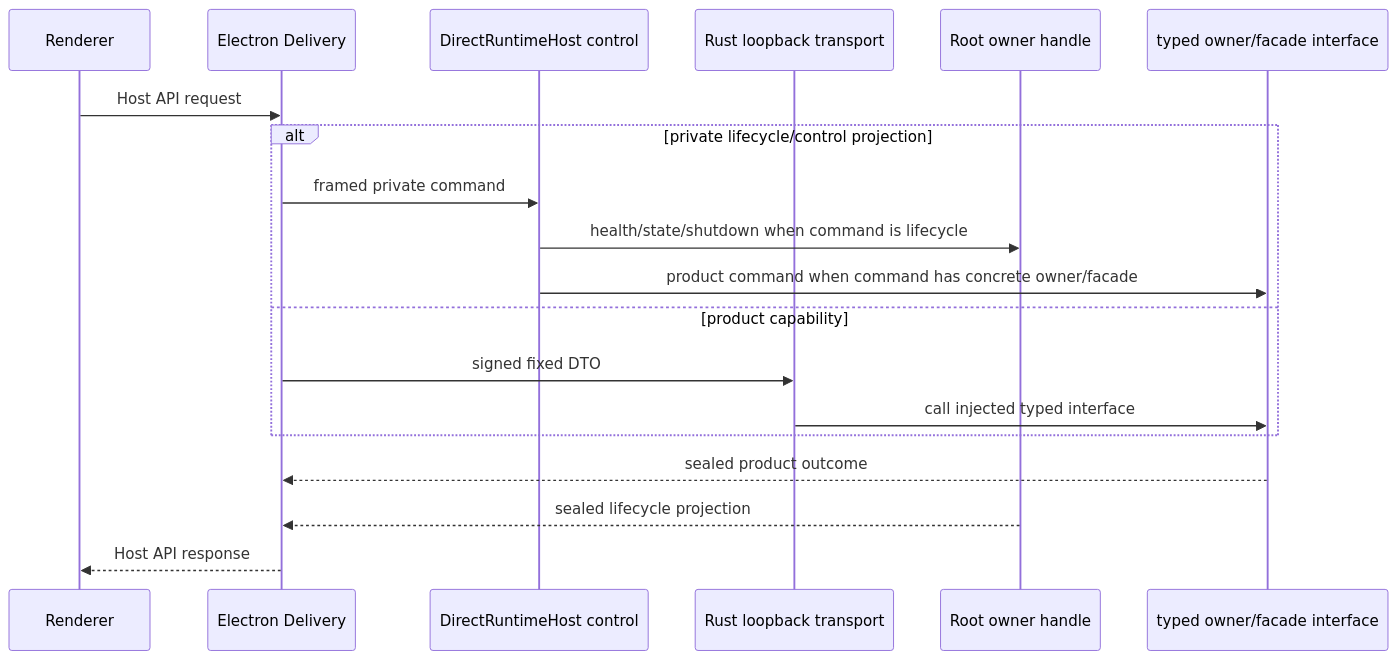
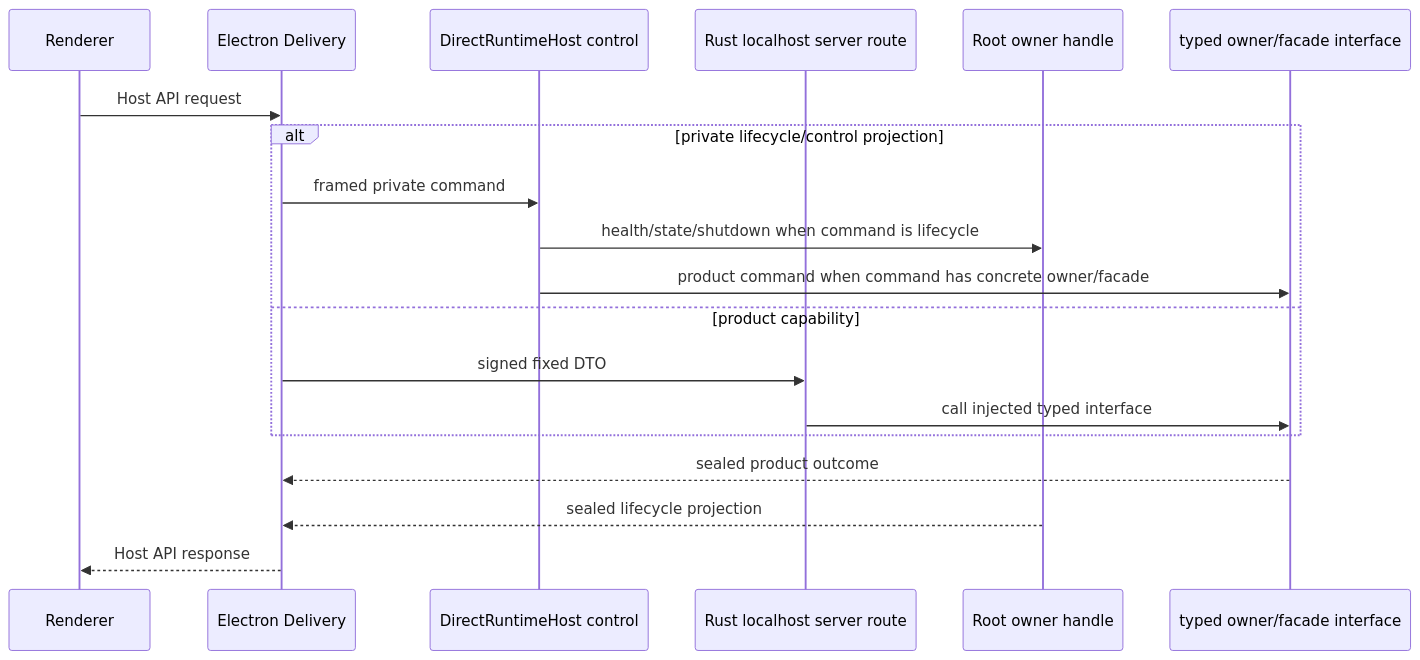
The second of 6 diagrams in docs/architecture/layered-architecture.md (hellowKeyzj/Matcha-claw), drawn with Mermaid before and after one commit. The commit also changed other lines of this file and 457 other files, not shown here.

````diff
--- a/docs/architecture/layered-architecture.md
+++ b/docs/architecture/layered-architecture.md
@@ -123,22 +123,22 @@
 ```mermaid
 sequenceDiagram
   participant R as Renderer
   participant E as Electron Delivery
   participant C as DirectRuntimeHost control
-  participant T as Rust loopback transport
+  participant T as Rust localhost server route
   participant Root as Root owner handle
   participant I as typed owner/facade interface
 
   R->>E: Host API request
   alt private lifecycle/control projection
     E->>C: framed private command
     C->>Root: health/state/shutdown when command is lifecycle
     C->>I: product command when command has concrete owner/facade
   else product capability
     E->>T: signed fixed DTO
     T->>I: call injected typed interface
   end
   I-->>E: sealed product outcome
   Root-->>E: sealed lifecycle projection
   E-->>R: Host API response
 ```
````
